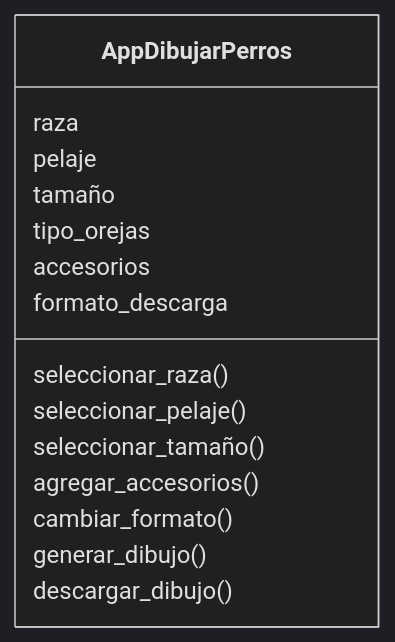
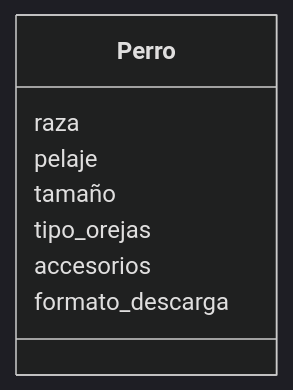
One commit to StephanieApaza/psg-oop-2025 changed the diagram in retos_sesion_01/ejercicio_03.md. Above: the diagram before and after it, drawn with Mermaid (dark theme). The commit also changed other lines of this file, not shown here.

Commit message:
Corrección del Análisis y Diagrama de clases

````diff
--- a/retos_sesion_01/ejercicio_03.md
+++ b/retos_sesion_01/ejercicio_03.md
@@ -63,18 +51,11 @@
 ```mermaid
 classDiagram
-    class AppDibujarPerros{
+    class Perro{
         raza
         pelaje
         tamaño
         tipo_orejas
         accesorios
-        formato_descarga
-        seleccionar_raza()
-        seleccionar_pelaje()
-        seleccionar_tamaño()
-        agregar_accesorios()
-        cambiar_formato()
-        generar_dibujo()
-        descargar_dibujo() 
+        formato_descarga 
     }
 ```
````
